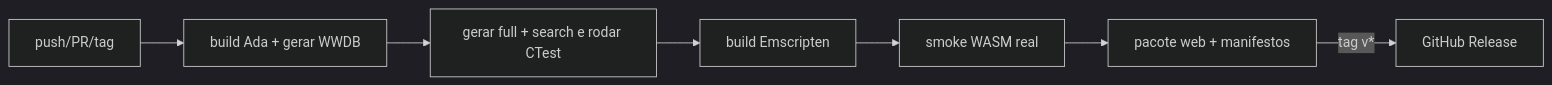
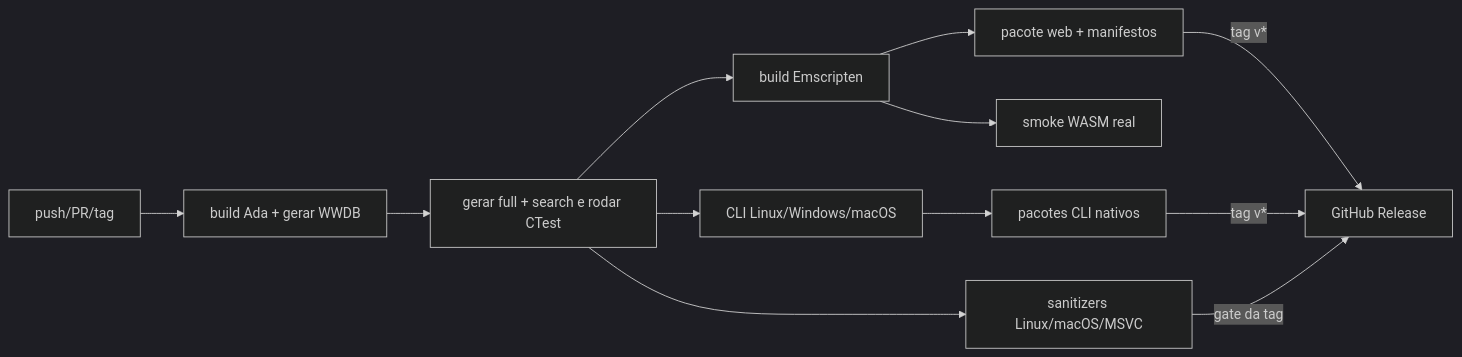
The diagram in whitakers-words/docs/repositorio-e-releases.md (Fabio3rs/WordsWASM), drawn with Mermaid (dark theme) before and after one commit. The commit also changed other lines of this file and 5 other files, not shown here.

````diff
--- a/whitakers-words/docs/repositorio-e-releases.md
+++ b/whitakers-words/docs/repositorio-e-releases.md
@@ -64,9 +64,14 @@
 ```mermaid
 flowchart LR
     T[push/PR/tag] --> N[build Ada + gerar WWDB]
     N --> C[gerar full + search e rodar CTest]
     C --> W[build Emscripten]
+    C --> B[CLI Linux/Windows/macOS]
+    C --> Z[sanitizers Linux/macOS/MSVC]
     W --> S[smoke WASM real]
-    S --> P[pacote web + manifestos]
+    W --> P[pacote web + manifestos]
+    B --> NP[pacotes CLI nativos]
     P -->|tag v*| R[GitHub Release]
+    NP -->|tag v*| R
+    Z -->|gate da tag| R
 ```
````
